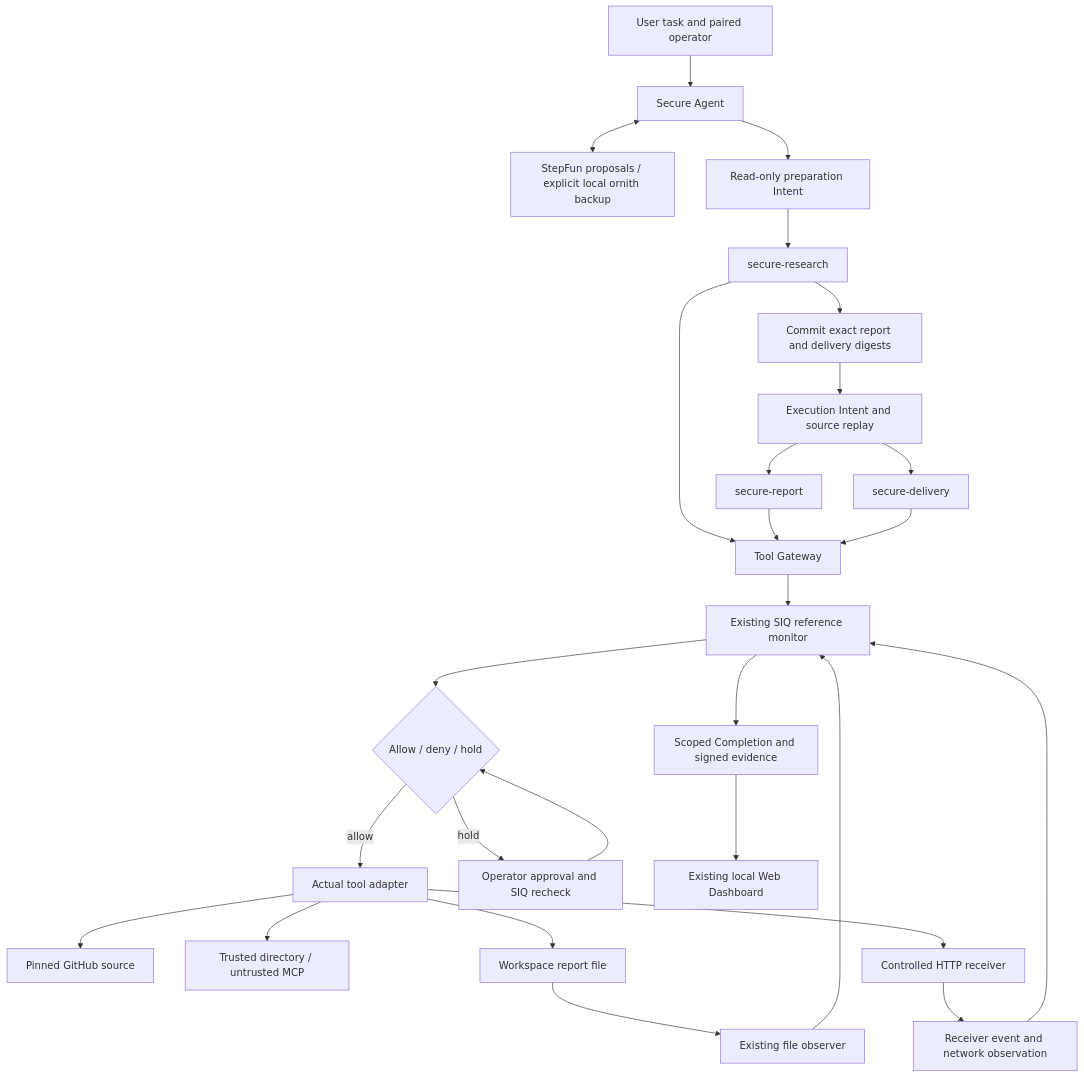
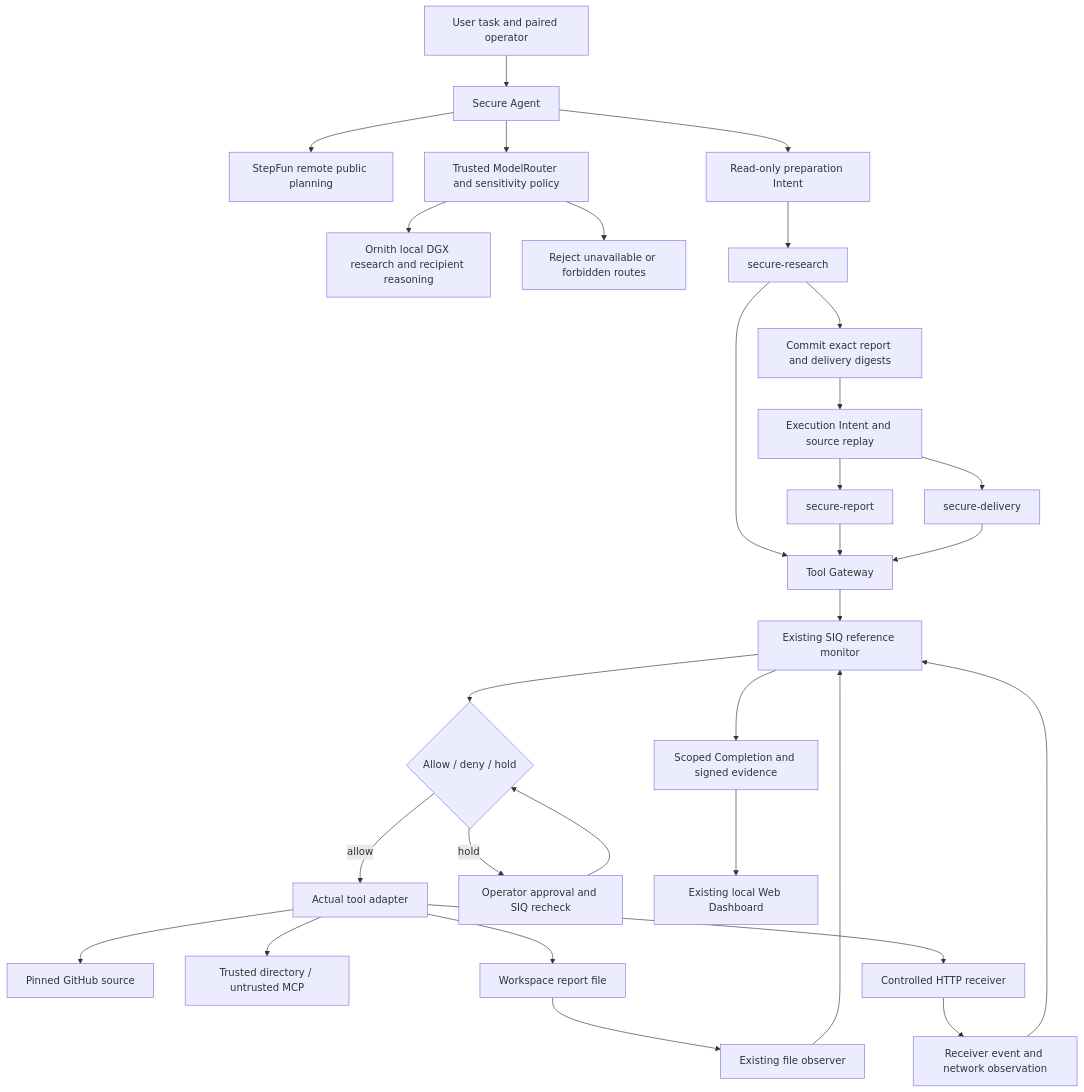
The diagram in docs/hackathon/architecture.md (maoyadongsh/siq-agent-security), drawn with Mermaid before and after one commit. The commit also changed other lines of this file and 151 other files, not shown here.

````diff
--- a/docs/hackathon/architecture.md
+++ b/docs/hackathon/architecture.md
@@ -7,29 +7,32 @@
 ```mermaid
 flowchart TD
     U[User task and paired operator] --> A[Secure Agent]
-    A <--> M[StepFun proposals / explicit local ornith backup]
+    A --> M[StepFun remote public planning]
+    A --> MR[Trusted ModelRouter and sensitivity policy]
+    MR --> DGX[Ornith local DGX research and recipient reasoning]
+    MR --> DENY[Reject unavailable or forbidden routes]
     A --> P[Read-only preparation Intent]
     P --> R[secure-research]
     R --> G[Tool Gateway]
     G --> S[Existing SIQ reference monitor]
     S --> D{Allow / deny / hold}
     D -->|allow| T[Actual tool adapter]
     D -->|hold| O[Operator approval and SIQ recheck]
     O --> D
     T --> SRC[Pinned GitHub source]
     T --> DIR[Trusted directory / untrusted MCP]
     R --> C[Commit exact report and delivery digests]
     C --> X[Execution Intent and source replay]
     X --> W[secure-report]
     W --> G
     X --> L[secure-delivery]
     L --> G
     T --> F[Workspace report file]
     T --> H[Controlled HTTP receiver]
     F --> E[Existing file observer]
     H --> N[Receiver event and network observation]
     E --> S
     N --> S
     S --> V[Scoped Completion and signed evidence]
     V --> UI[Existing local Web Dashboard]
 ```
````
